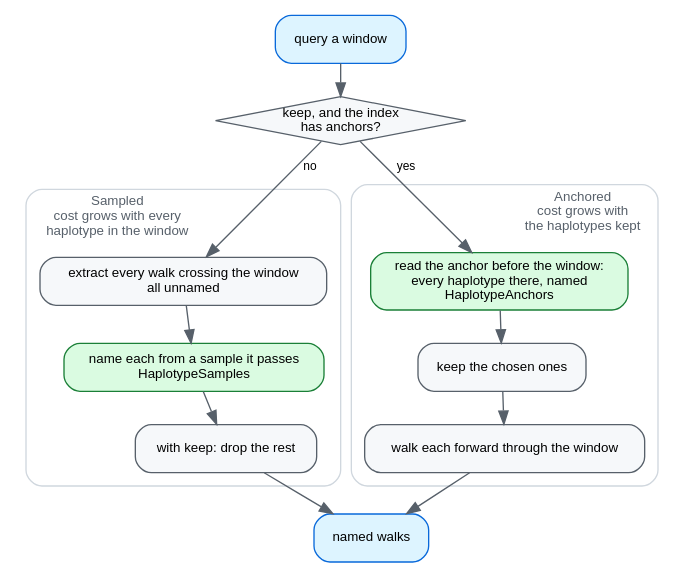
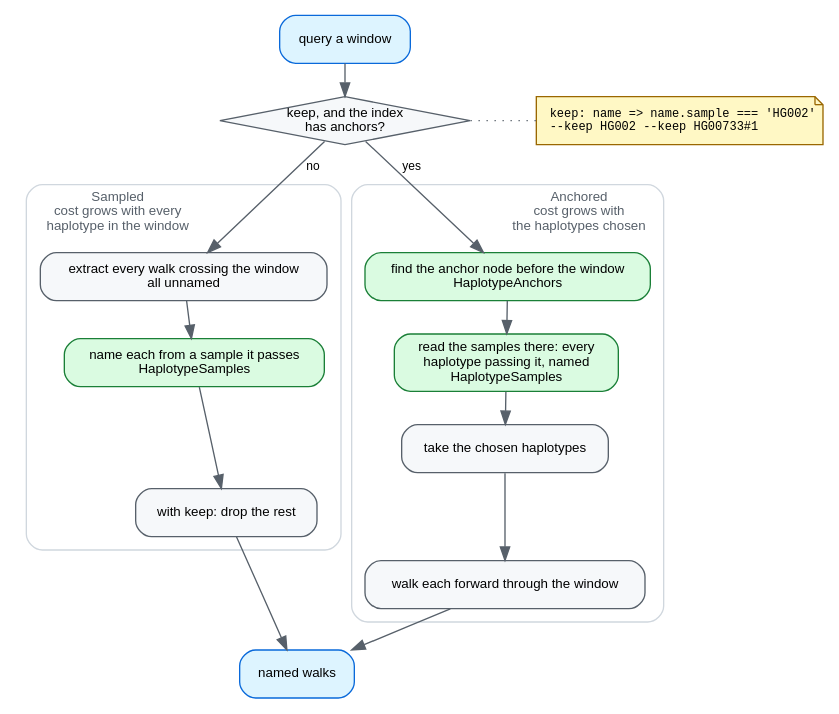
One commit to GMOD/gbz-base-js changed the diagram in docs/img/naming-routes.dot. Above: the diagram before and after it, drawn with Graphviz. The commit also changed 3 other files, not shown here.

First line of the commit message:
Docs: shorten the haplotype index page, fix route details from review

```diff
--- a/docs/img/naming-routes.dot
+++ b/docs/img/naming-routes.dot
@@ -1,61 +1,66 @@
 // Source for docs/img/naming-routes.svg, which docs/haplotype-index.md embeds.
 // Regenerate with: dot -Tsvg docs/img/naming-routes.dot -o docs/img/naming-routes.svg
 // Palette matches dataflow.dot.
 //
-// Main paths only. The anchored route's two fallbacks (a kept haplotype
+// Main paths only. The anchored route's two fallbacks (a chosen haplotype
 // missing from the anchor, a walk that never reaches the window) are prose in
 // haplotype-index.md; drawn, their dashed edges crossed both clusters and
 // buried the choice the diagram exists to show.
 digraph namingroutes {
   rankdir=TB
   bgcolor="white"
   nodesep=0.35
   ranksep=0.32
   newrank=true
   node [shape=box style="filled,rounded" fillcolor="#f6f8fa" color="#57606a"
         fontname="Helvetica" fontsize=10 margin="0.14,0.07"]
   edge [color="#57606a" fontname="Helvetica" fontsize=9]
 
   query  [label="query a window" fillcolor="#ddf4ff" color="#0969da"]
   choose [label="keep, and the index\nhas anchors?" shape=diamond style=filled margin="0.02,0.02"]
+  how    [label="keep: name => name.sample === 'HG002'\l--keep HG002 --keep HG00733#1\l"
+          shape=note fontname="Courier" fontsize=9 fillcolor="#fff8c5" color="#9a6700"]
+  { rank=same; choose; how }
+  choose -> how [style=dotted arrowhead=none]
   out    [label="named walks" fillcolor="#ddf4ff" color="#0969da"]
 
   query -> choose
 
   subgraph cluster_sampled {
     label="Sampled\ncost grows with every\nhaplotype in the window"
     labelloc="t"
     labeljust="l"
     fontname="Helvetica"
     fontsize=10
     fontcolor="#57606a"
     color="#d0d7de"
     style="rounded"
     margin=10
     s1 [label="extract every walk crossing the window\nall unnamed"]
     s2 [label="name each from a sample it passes\nHaplotypeSamples" fillcolor="#dafbe1" color="#1a7f37"]
     s3 [label="with keep: drop the rest"]
     s1 -> s2 -> s3
   }
 
   subgraph cluster_anchored {
-    label="Anchored\ncost grows with\nthe haplotypes kept"
+    label="Anchored\ncost grows with\nthe haplotypes chosen"
     labelloc="t"
     labeljust="r"
     fontname="Helvetica"
     fontsize=10
     fontcolor="#57606a"
     color="#d0d7de"
     style="rounded"
     margin=10
-    a1 [label="read the anchor before the window:\nevery haplotype there, named\nHaplotypeAnchors" fillcolor="#dafbe1" color="#1a7f37"]
-    a2 [label="keep the chosen ones"]
+    a1 [label="find the anchor node before the window\nHaplotypeAnchors" fillcolor="#dafbe1" color="#1a7f37"]
+    a2 [label="read the samples there: every\nhaplotype passing it, named\nHaplotypeSamples" fillcolor="#dafbe1" color="#1a7f37"]
+    a2b [label="take the chosen haplotypes"]
     a3 [label="walk each forward through the window"]
-    a1 -> a2 -> a3
+    a1 -> a2 -> a2b -> a3
   }
 
   choose -> s1 [label=" no "]
   choose -> a1 [label=" yes "]
   s3 -> out
   a3 -> out
 }
```
